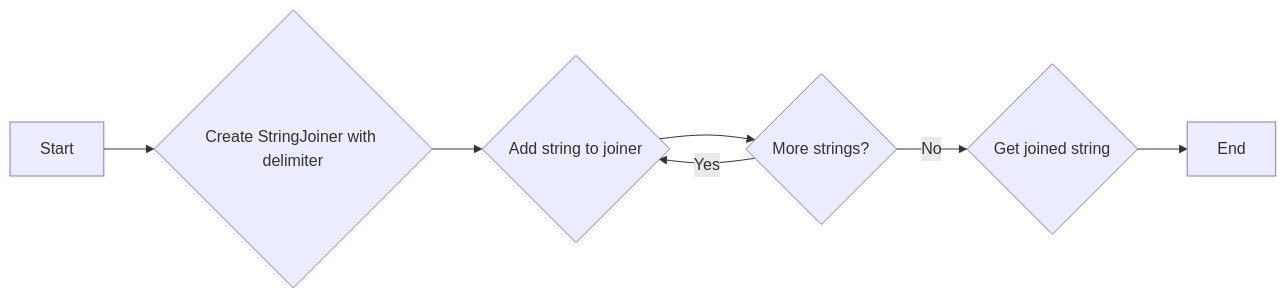
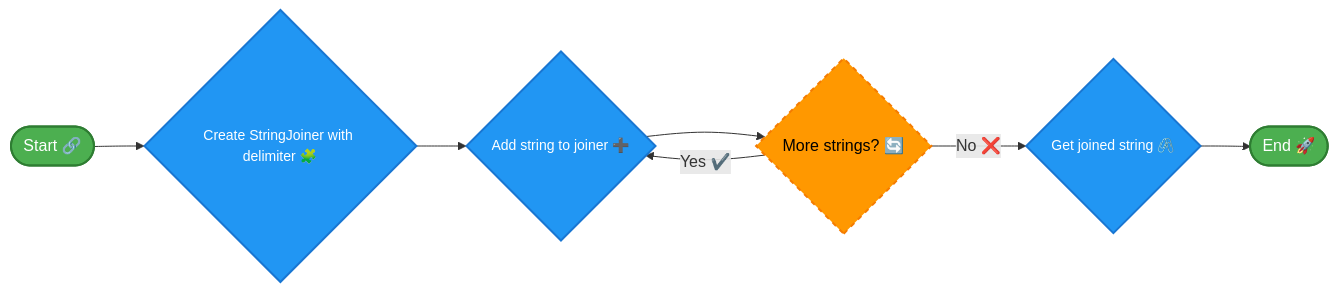
The seventh of 7 diagrams in _posts/2024-12-16-08.-oops-in-java.md (infoyouth/infoyouth.github.io), drawn with Mermaid before and after one commit. The commit also changed other lines of this file and 1 other file, not shown here.

````diff
--- a/_posts/2024-12-16-08.-oops-in-java.md
+++ b/_posts/2024-12-16-08.-oops-in-java.md
@@ -781,9 +883,19 @@
 ```mermaid
 graph LR
-    A[Start] --> B{Create StringJoiner with delimiter};
-    B --> C{Add string to joiner};
-    C --> D{More strings?};
-    D -- Yes --> C;
-    D -- No --> E{Get joined string};
-    E --> F[End];
+    %% Node Styles
+    style A fill:#4CAF50,stroke:#2E7D32,color:#FFFFFF,font-size:16px,stroke-width:2px
+    style B fill:#2196F3,stroke:#1976D2,color:#FFFFFF,font-size:14px,stroke-width:2px
+    style C fill:#2196F3,stroke:#1976D2,color:#FFFFFF,font-size:14px,stroke-width:2px
+    style D fill:#FF9800,stroke:#F57C00,color:#000000,font-size:16px,stroke-dasharray: 5 5,stroke-width:2px
+    style E fill:#2196F3,stroke:#1976D2,color:#FFFFFF,font-size:14px,stroke-width:2px
+    style F fill:#4CAF50,stroke:#2E7D32,color:#FFFFFF,font-size:16px,stroke-width:2px
+
+    %% Flowchart Structure
+    A([Start 🔗]) --> B{Create StringJoiner with delimiter 🧩}
+    B --> C{Add string to joiner ➕}
+    C --> D{More strings? 🔄}
+    D -- Yes ✔️ --> C
+    D -- No ❌ --> E{Get joined string 🖇️}
+    E --> F([End 🚀])
+
 ```
````
